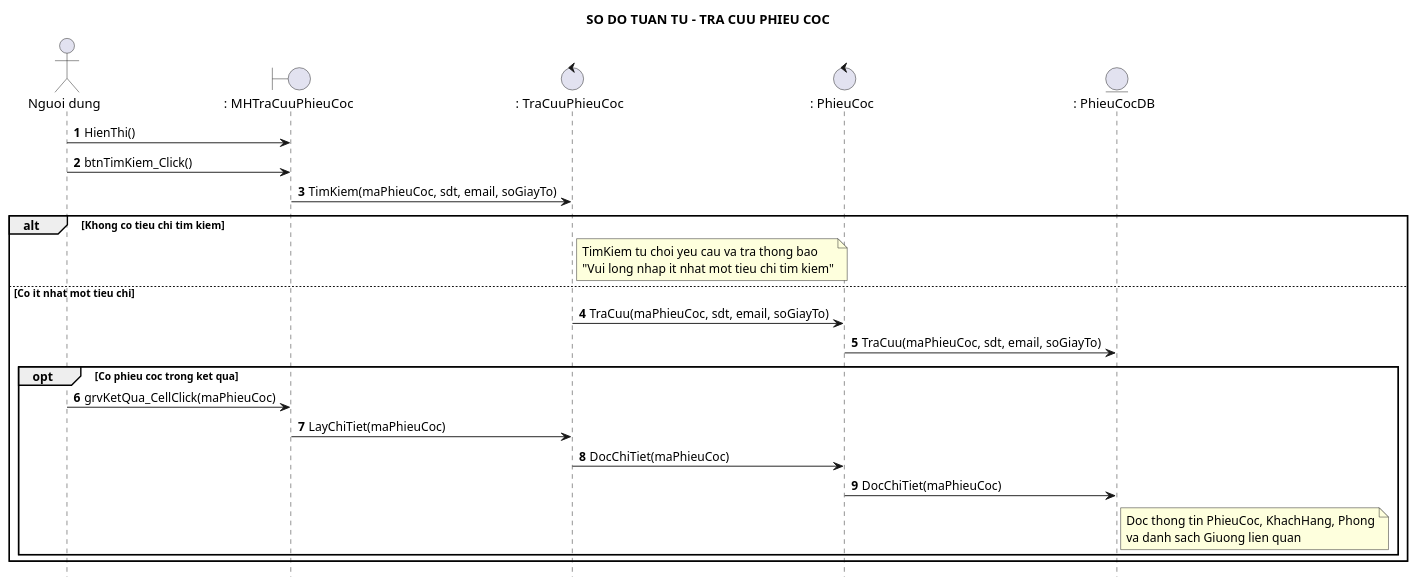
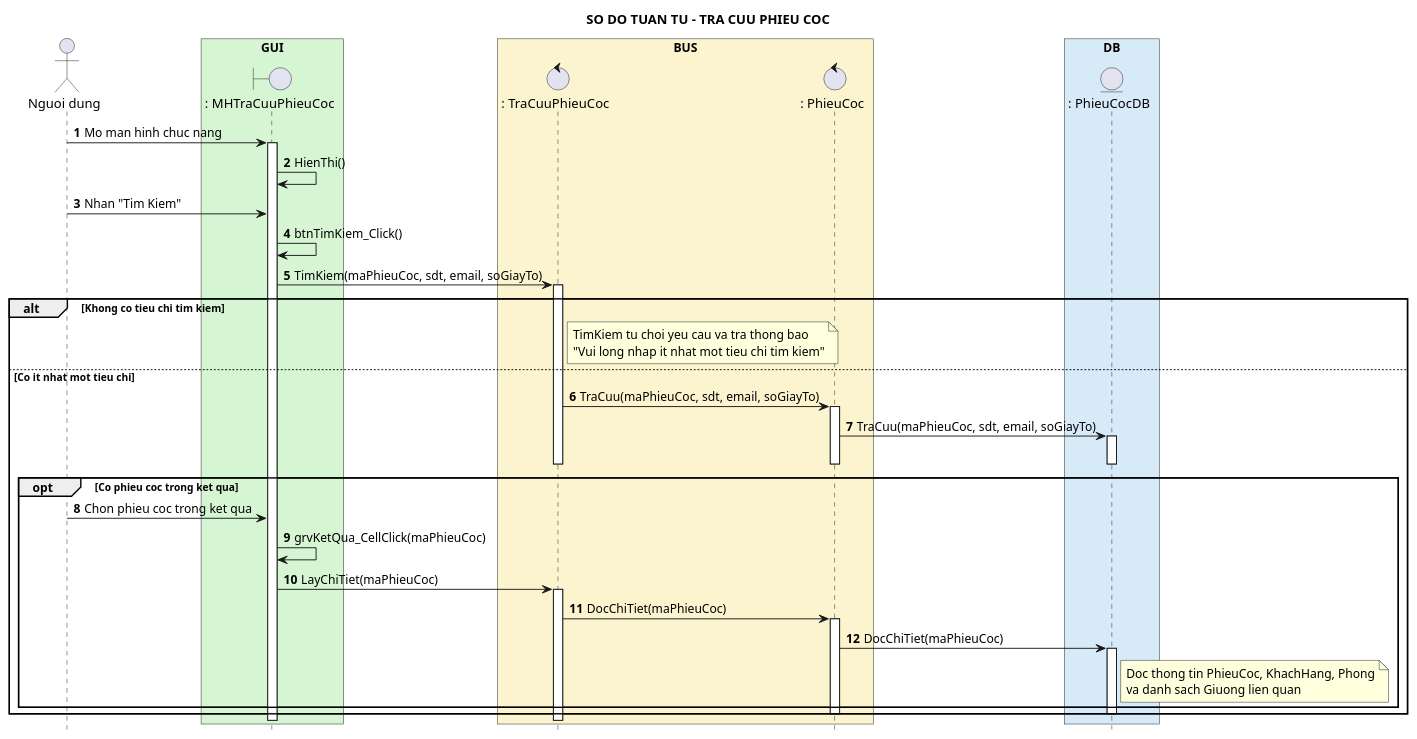
One commit to Ming1309/HomeStay-Dorm changed the diagram in docs/uml/tra-cuu-phieu-coc-sequence.puml. Above: the diagram before and after it, drawn with PlantUML. The commit also changed 34 other files, not shown here.

Commit message:
docs(uml): group lifelines in sequence diagrams into box layers and update layout

```diff
--- a/docs/uml/tra-cuu-phieu-coc-sequence.puml
+++ b/docs/uml/tra-cuu-phieu-coc-sequence.puml
@@ -1,35 +1,61 @@
 @startuml
 title SO DO TUAN TU - TRA CUU PHIEU COC
 hide footbox
 autonumber 1 1
 skinparam shadowing false
 actor "Nguoi dung" as ND
+
+box "GUI" #D5F5D3
 boundary ": MHTraCuuPhieuCoc" as MH
+end box
+
+box "BUS" #FCF3CF
 control ": TraCuuPhieuCoc" as TC
 control ": PhieuCoc" as PC
+end box
+
+box "DB" #D6EAF8
 entity ": PhieuCocDB" as PCDB
+end box
 
-ND -> MH : HienThi()
+ND -> MH : Mo man hinh chuc nang
+activate MH
+MH -> MH : HienThi()
 
-ND -> MH : btnTimKiem_Click()
+ND -> MH : Nhan "Tim Kiem"
+MH -> MH : btnTimKiem_Click()
 MH -> TC : TimKiem(maPhieuCoc, sdt, email, soGiayTo)
+activate TC
 alt Khong co tieu chi tim kiem
   note right of TC
     TimKiem tu choi yeu cau va tra thong bao
     "Vui long nhap it nhat mot tieu chi tim kiem"
   end note
 else Co it nhat mot tieu chi
   TC -> PC : TraCuu(maPhieuCoc, sdt, email, soGiayTo)
+  activate PC
   PC -> PCDB : TraCuu(maPhieuCoc, sdt, email, soGiayTo)
+  activate PCDB
   opt Co phieu coc trong ket qua
-    ND -> MH : grvKetQua_CellClick(maPhieuCoc)
+deactivate PCDB
+deactivate PC
+deactivate TC
+    ND -> MH : Chon phieu coc trong ket qua
+    MH -> MH : grvKetQua_CellClick(maPhieuCoc)
     MH -> TC : LayChiTiet(maPhieuCoc)
+    activate TC
     TC -> PC : DocChiTiet(maPhieuCoc)
+    activate PC
     PC -> PCDB : DocChiTiet(maPhieuCoc)
+    activate PCDB
     note right of PCDB
       Doc thong tin PhieuCoc, KhachHang, Phong
       va danh sach Giuong lien quan
     end note
   end
+deactivate PCDB
+deactivate PC
 end
+deactivate TC
+deactivate MH
 @enduml
```
